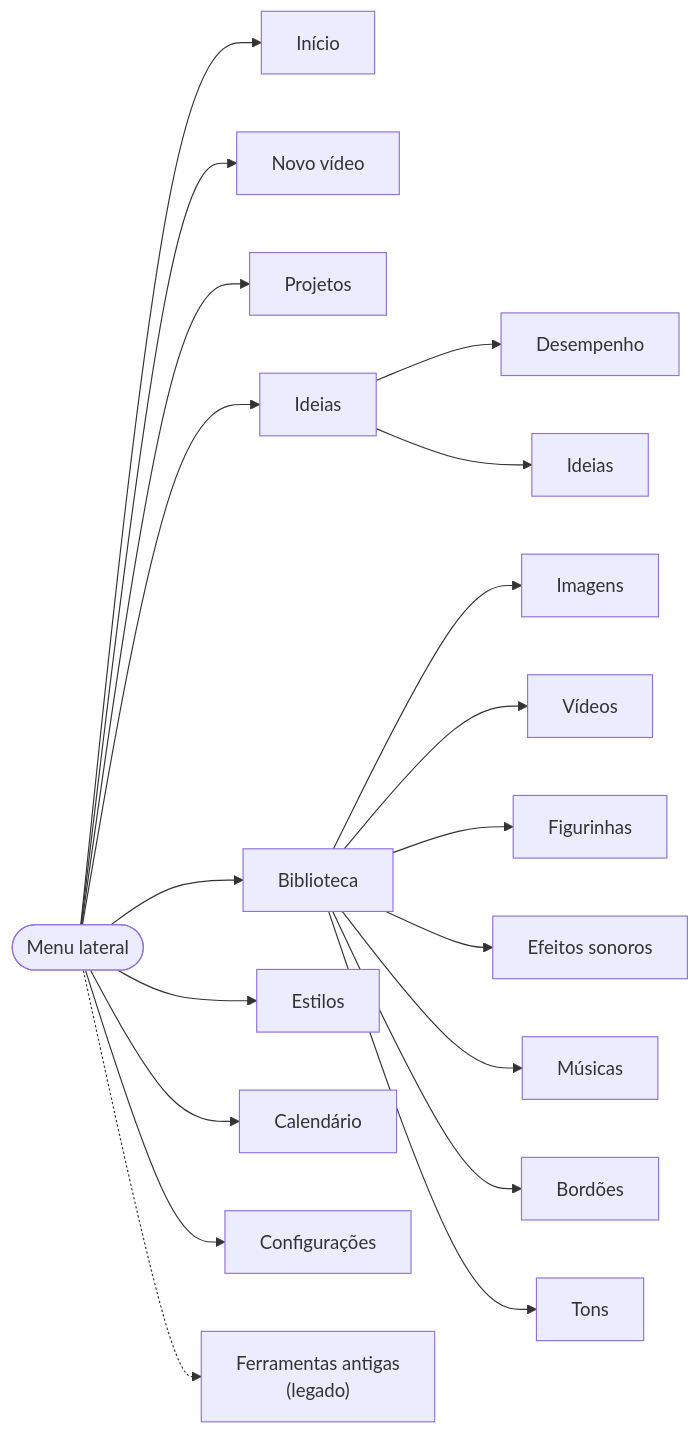
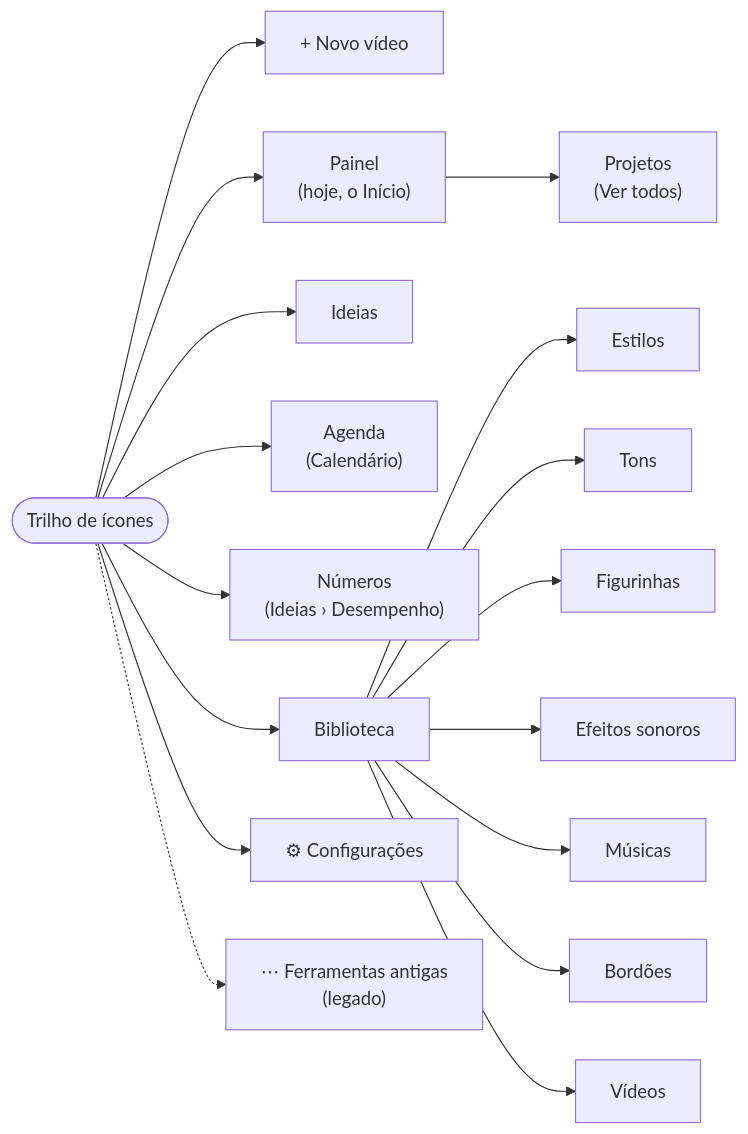
Before and after one commit to Edugiyuu/InstaSearch: the diagram in docs/diagramas/03-outras-telas.mmd, drawn with Mermaid. The commit also changed 13 other files, not shown here.

First line of the commit message:
feat: trilho de ícones e Biblioteca como porta de entrada (ADR 0038)

```diff
--- a/docs/diagramas/03-outras-telas.mmd
+++ b/docs/diagramas/03-outras-telas.mmd
@@ -1,12 +1,11 @@
 flowchart LR
-    MENU(["Menu lateral"]) --> HOME["Início"]
-    MENU --> NOVO["Novo vídeo"]
-    MENU --> PROJ["Projetos"]
+    MENU(["Trilho de ícones"]) --> NOVO["+ Novo vídeo"]
+    MENU --> HOME["Painel<br/>(hoje, o Início)"]
     MENU --> IDEIAS["Ideias"]
+    MENU --> CAL["Agenda<br/>(Calendário)"]
+    MENU --> NUM["Números<br/>(Ideias › Desempenho)"]
     MENU --> BIB["Biblioteca"]
-    MENU --> EST["Estilos"]
-    MENU --> CAL["Calendário"]
-    MENU --> CFG["Configurações"]
-    MENU -.-> OLD["Ferramentas antigas<br/>(legado)"]
-    BIB --> B1["Imagens"] & B2["Vídeos"] & B3["Figurinhas"] & B4["Efeitos sonoros"] & B5["Músicas"] & B6["Bordões"] & B7["Tons"]
-    IDEIAS --> I1["Desempenho"] & I2["Ideias"]
+    MENU --> CFG["⚙ Configurações"]
+    MENU -.-> OLD["⋯ Ferramentas antigas<br/>(legado)"]
+    HOME --> PROJ["Projetos<br/>(Ver todos)"]
+    BIB --> EST["Estilos"] & B7["Tons"] & B3["Figurinhas"] & B4["Efeitos sonoros"] & B5["Músicas"] & B6["Bordões"] & B2["Vídeos"]
```
